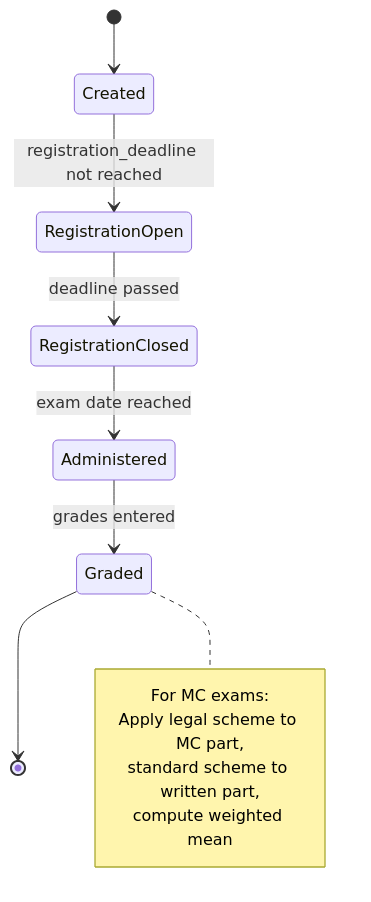
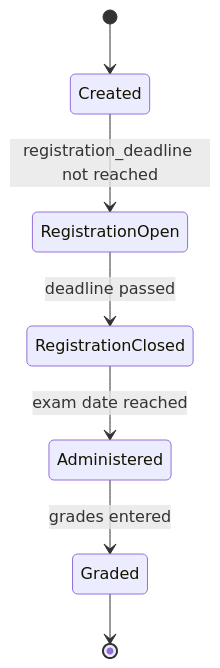
Before and after one commit to MaMpf-HD/mampf: the diagram in architecture/src/features/05a-exam-model.md, drawn with Mermaid. The commit also changed other lines of this file and 7 other files, not shown here.

````diff
--- a/architecture/src/features/05a-exam-model.md
+++ b/architecture/src/features/05a-exam-model.md
@@ -529,16 +241,9 @@
 ```mermaid
 stateDiagram-v2
     [*] --> Created
     Created --> RegistrationOpen : registration_deadline not reached
     RegistrationOpen --> RegistrationClosed : deadline passed
     RegistrationClosed --> Administered : exam date reached
     Administered --> Graded : grades entered
     Graded --> [*]
-
-    note right of Graded
-        For MC exams:
-        Apply legal scheme to MC part,
-        standard scheme to written part,
-        compute weighted mean
-    end note
 ```
````
